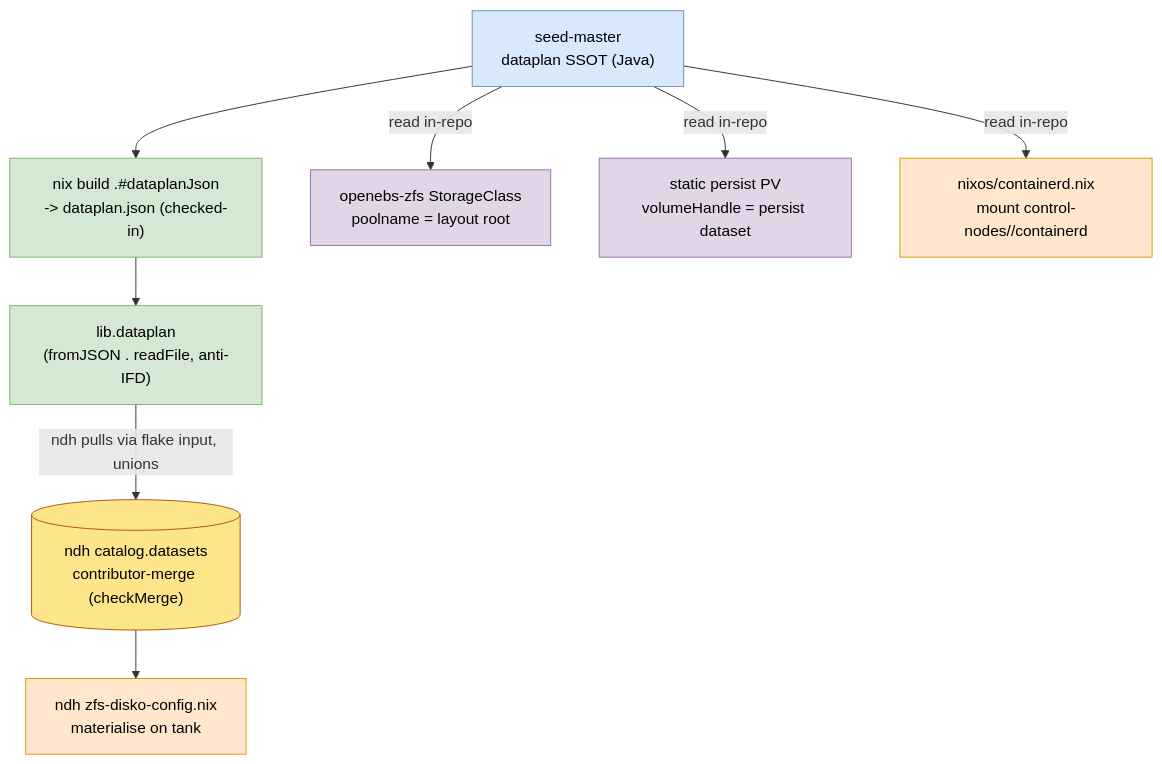
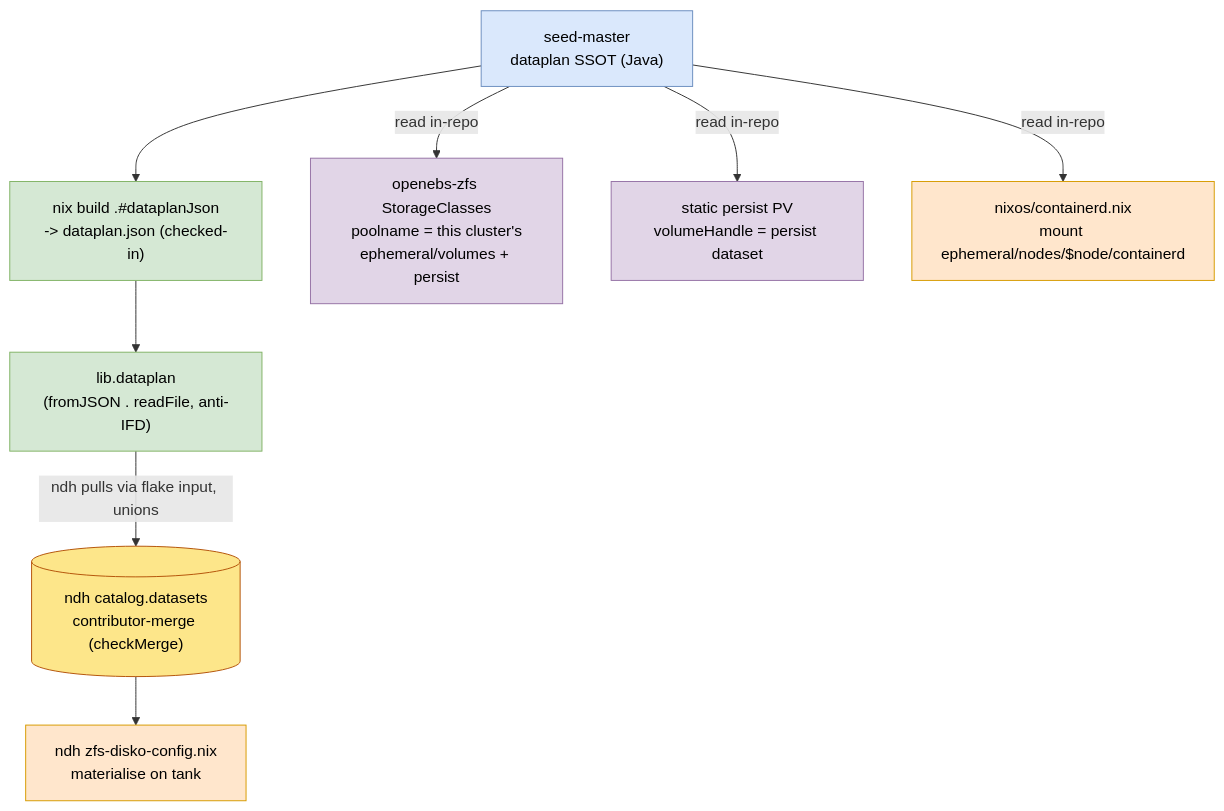
Before and after one commit to seedmatic/rke2lab: the first of 3 diagrams in docs/architecture/patterns/dataplan-single-source.adoc, drawn with Mermaid. The commit also changed other lines of this file and 7 other files, not shown here.

```diff
--- a/docs/architecture/patterns/dataplan-single-source.adoc
+++ b/docs/architecture/patterns/dataplan-single-source.adoc
@@ -74,24 +79,24 @@
 [mermaid]
 ....
 flowchart TB
   SM["seed-master\ndataplan SSOT (Java)"]:::src
   DJ["nix build .#dataplanJson\n-> dataplan.json (checked-in)"]:::gen
   LIB["lib.dataplan\n(fromJSON . readFile, anti-IFD)"]:::gen
   CAT[("ndh catalog.datasets\ncontributor-merge (checkMerge)")]:::data
   DISKO["ndh zfs-disko-config.nix\nmaterialise on tank"]:::host
-  SC["openebs-zfs StorageClass\npoolname = layout root"]:::k8s
+  SC["openebs-zfs StorageClasses\npoolname = this cluster's\nephemeral/volumes + persist"]:::k8s
   PV["static persist PV\nvolumeHandle = persist dataset"]:::k8s
-  CTD["nixos/containerd.nix\nmount control-nodes/<node>/containerd"]:::host
+  CTD["nixos/containerd.nix\nmount ephemeral/nodes/$node/containerd"]:::host
 
   SM --> DJ --> LIB
   LIB -->|"ndh pulls via flake input, unions"| CAT --> DISKO
   SM -->|"read in-repo"| SC
   SM -->|"read in-repo"| PV
   SM -->|"read in-repo"| CTD
 
   classDef src fill:#dae8fc,stroke:#6c8ebf,color:#000;
   classDef gen fill:#d5e8d4,stroke:#82b366,color:#000;
   classDef data fill:#fde68a,stroke:#b45309,color:#000;
   classDef host fill:#ffe6cc,stroke:#d79b00,color:#000;
   classDef k8s fill:#e1d5e7,stroke:#9673a6,color:#000;
 ....
```
